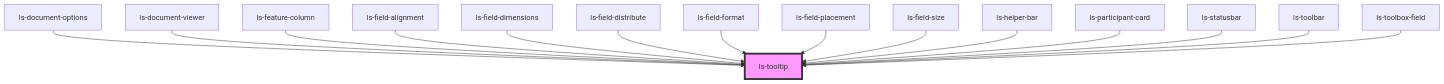
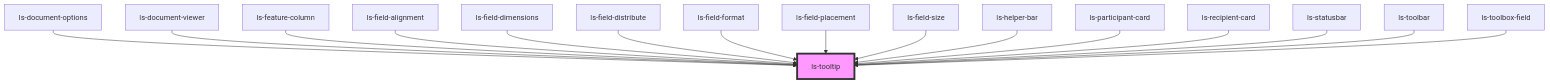
One commit to legalesign/ls-document-viewer changed the diagram in src/components/ls-tooltip/readme.md. Above: the diagram before and after it, drawn with Mermaid. The commit also changed other lines of this file and 16 other files, not shown here.

````diff
--- a/src/components/ls-tooltip/readme.md
+++ b/src/components/ls-tooltip/readme.md
@@ -52,18 +53,19 @@
 ```mermaid
 graph TD;
   ls-document-options --> ls-tooltip
   ls-document-viewer --> ls-tooltip
   ls-feature-column --> ls-tooltip
   ls-field-alignment --> ls-tooltip
   ls-field-dimensions --> ls-tooltip
   ls-field-distribute --> ls-tooltip
   ls-field-format --> ls-tooltip
   ls-field-placement --> ls-tooltip
   ls-field-size --> ls-tooltip
   ls-helper-bar --> ls-tooltip
   ls-participant-card --> ls-tooltip
+  ls-recipient-card --> ls-tooltip
   ls-statusbar --> ls-tooltip
   ls-toolbar --> ls-tooltip
   ls-toolbox-field --> ls-tooltip
   style ls-tooltip fill:#f9f,stroke:#333,stroke-width:4px
 ```
````
